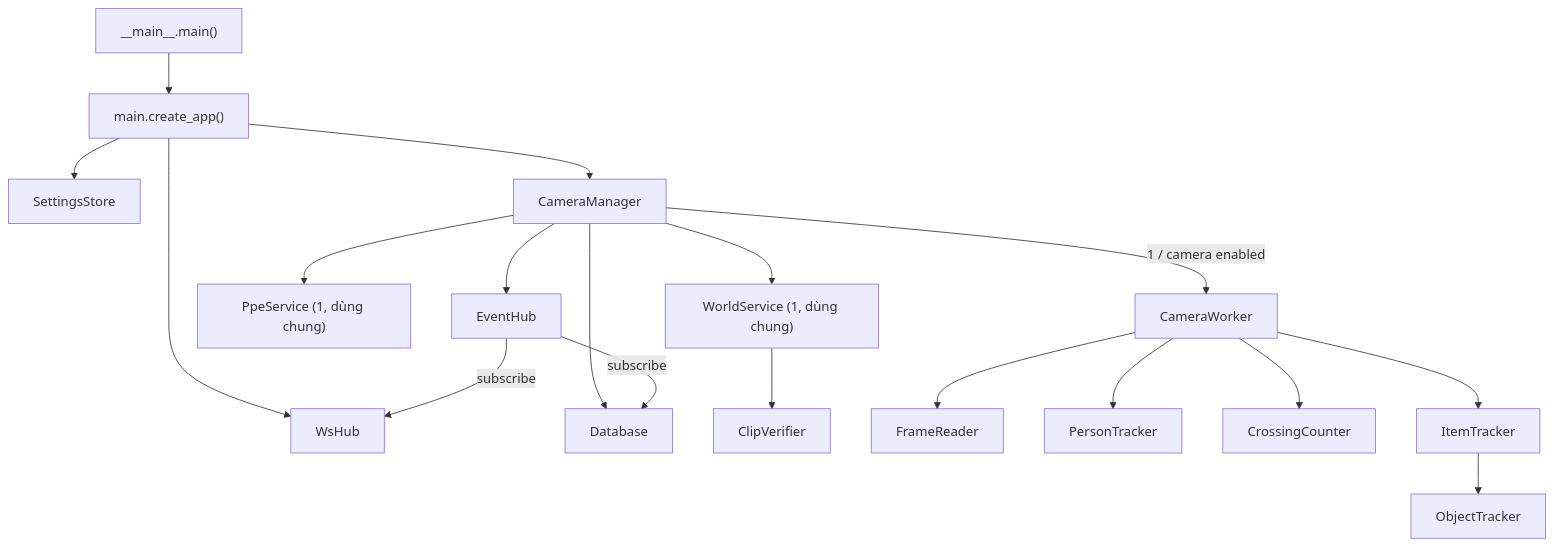
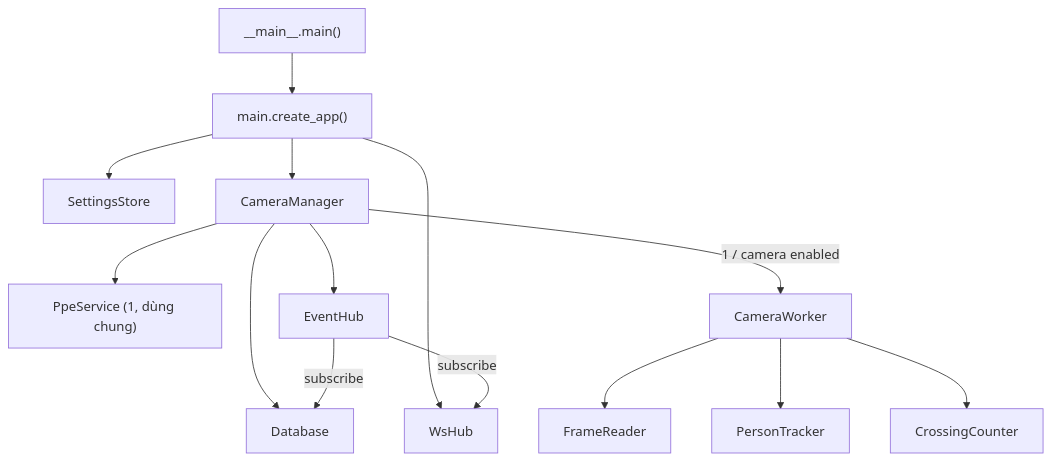
The first of 3 diagrams in docs/GRAPH.md (pyke2215/VisionExpo), drawn with Mermaid before and after one commit. The commit also changed other lines of this file and 43 other files, not shown here.

````diff
--- a/docs/GRAPH.md
+++ b/docs/GRAPH.md
@@ -47,20 +44,16 @@
 ```mermaid
 flowchart TB
   entry["__main__.main()"] --> api["main.create_app()"]
   api --> store["SettingsStore"]
   api --> manager["CameraManager"]
   api --> ws["WsHub"]
-  manager --> world["WorldService (1, dùng chung)"]
   manager --> ppe["PpeService (1, dùng chung)"]
   manager --> hub["EventHub"]
   manager --> db["Database"]
-  world --> clip["ClipVerifier"]
   manager -->|"1 / camera enabled"| worker["CameraWorker"]
   worker --> reader["FrameReader"]
   worker --> person["PersonTracker"]
   worker --> crossing["CrossingCounter"]
-  worker --> items["ItemTracker"]
-  items --> objtrack["ObjectTracker"]
   hub -->|subscribe| db
   hub -->|subscribe| ws
 ```
````
